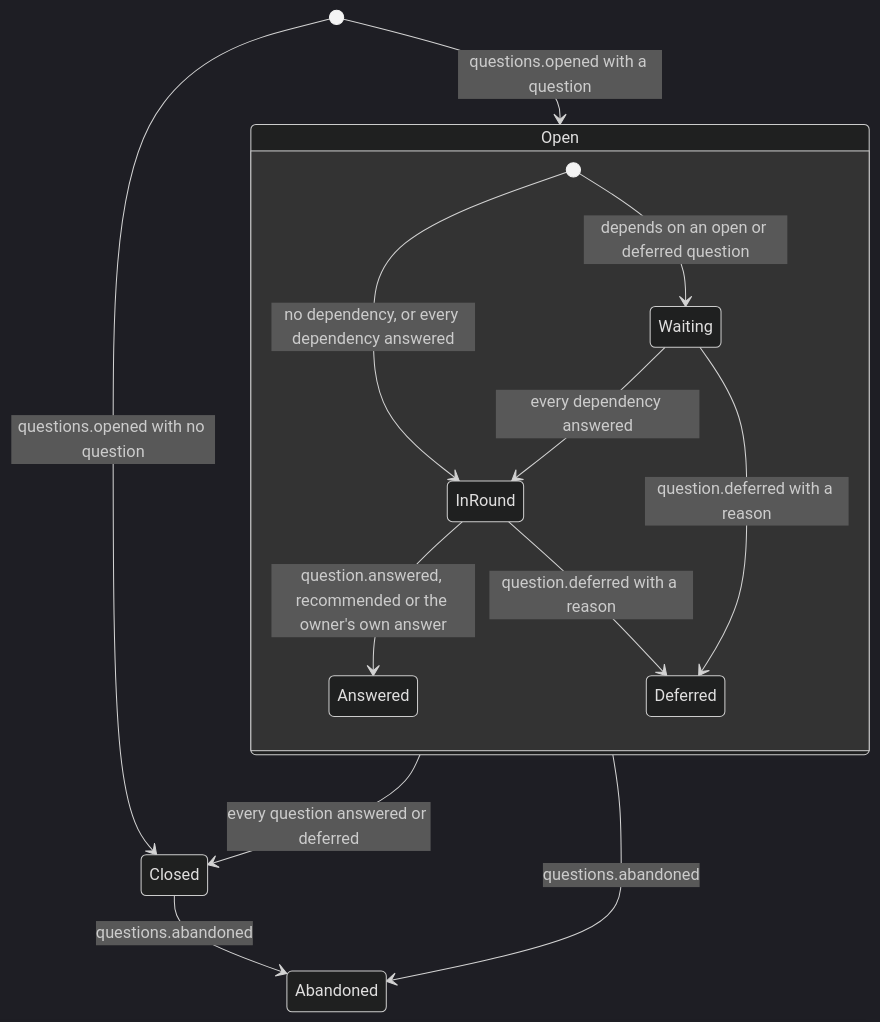
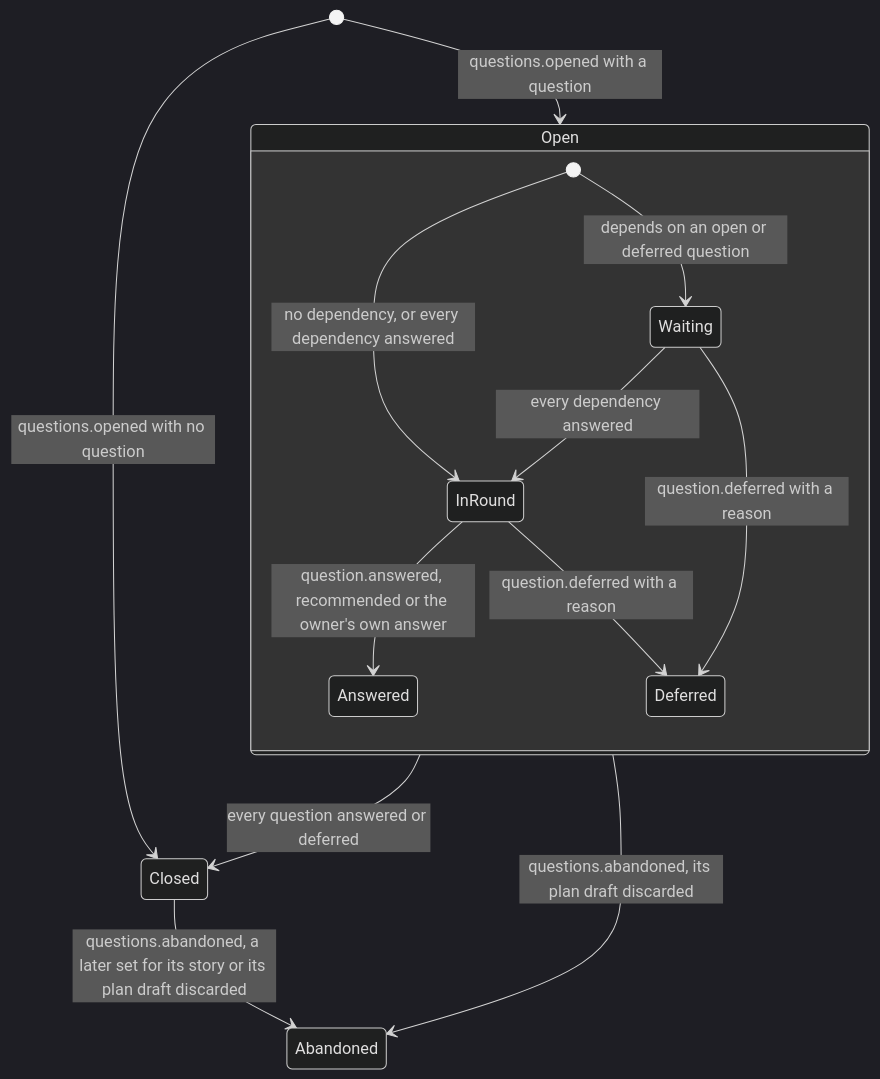
The fourth of 8 diagrams in docs/design/0005-context-plans-and-acceptance.md (jcrenshaw-dev/baley), drawn with Mermaid (dark theme) before and after one commit. The commit also changed other lines of this file, not shown here.

````diff
--- a/docs/design/0005-context-plans-and-acceptance.md
+++ b/docs/design/0005-context-plans-and-acceptance.md
@@ -395,16 +397,16 @@
 ```mermaid
 stateDiagram-v2
   [*] --> Open: questions.opened with a question
   [*] --> Closed: questions.opened with no question
   state Open {
     [*] --> InRound: no dependency, or every dependency answered
     [*] --> Waiting: depends on an open or deferred question
     Waiting --> InRound: every dependency answered
     InRound --> Answered: question.answered, recommended or the owner's own answer
     InRound --> Deferred: question.deferred with a reason
     Waiting --> Deferred: question.deferred with a reason
   }
   Open --> Closed: every question answered or deferred
-  Open --> Abandoned: questions.abandoned
-  Closed --> Abandoned: questions.abandoned
+  Open --> Abandoned: questions.abandoned, its plan draft discarded
+  Closed --> Abandoned: questions.abandoned, a later set for its story or its plan draft discarded
 ```
````
